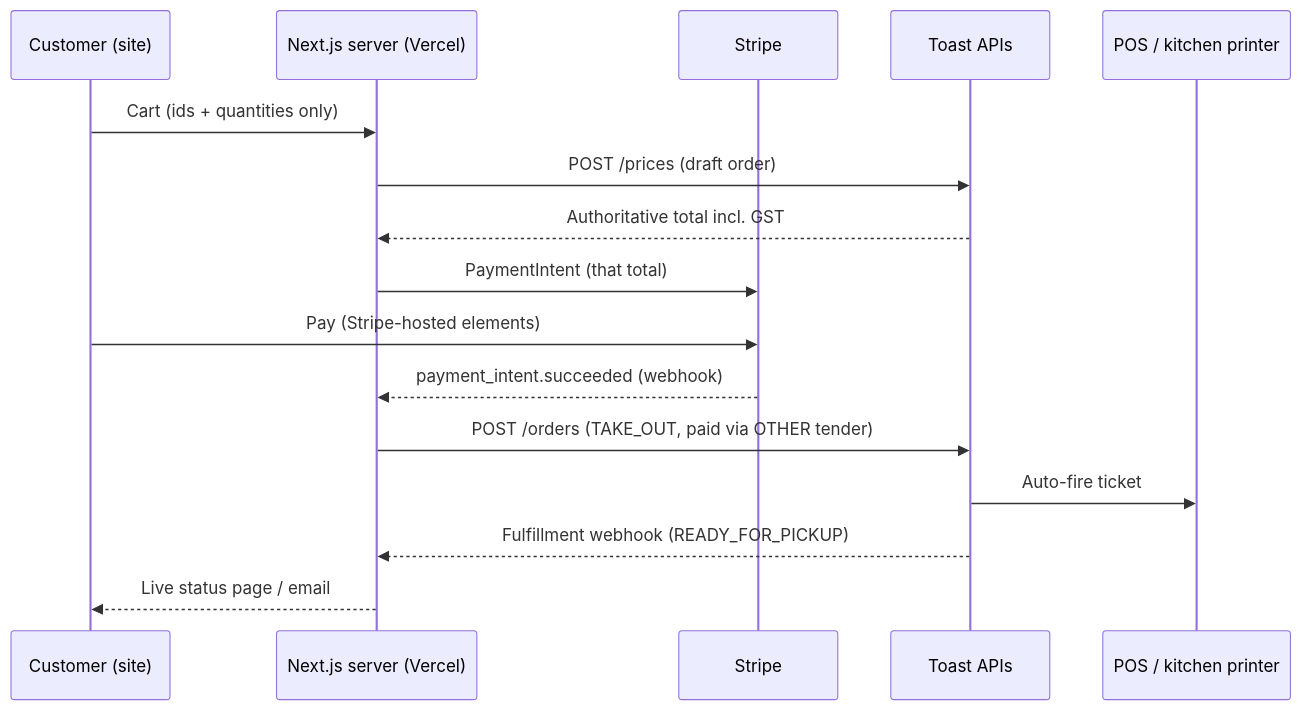
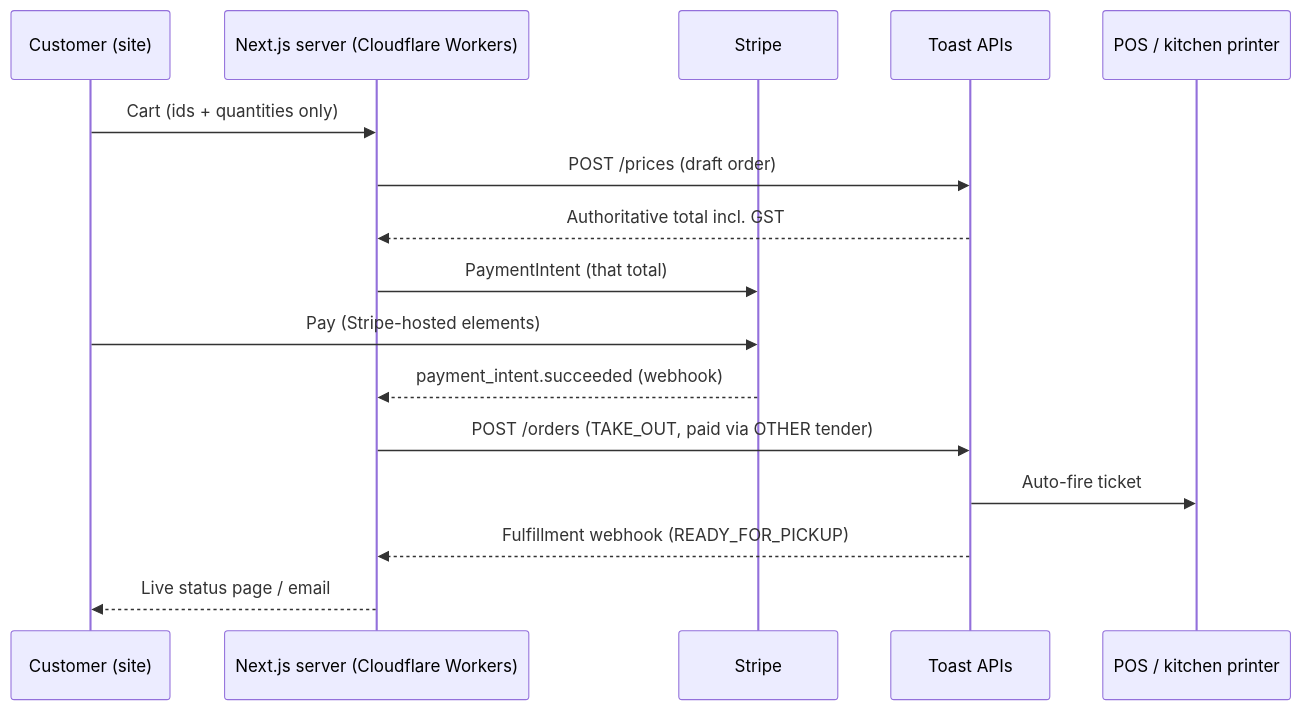
The diagram in docs/online-ordering/PLAN.md (Meros-Health/Meros-Website), drawn with Mermaid before and after one commit. The commit also changed other lines of this file and 3 other files, not shown here.

First line of the commit message:
chore: remove Vercel remnants; Cloudflare Workers is the only deploy target

````diff
--- a/docs/online-ordering/PLAN.md
+++ b/docs/online-ordering/PLAN.md
@@ -85,18 +85,18 @@
 ```mermaid
 sequenceDiagram
   participant C as Customer (site)
-  participant S as Next.js server (Vercel)
+  participant S as Next.js server (Cloudflare Workers)
   participant St as Stripe
   participant T as Toast APIs
   participant K as POS / kitchen printer
   C->>S: Cart (ids + quantities only)
   S->>T: POST /prices (draft order)
   T-->>S: Authoritative total incl. GST
   S->>St: PaymentIntent (that total)
   C->>St: Pay (Stripe-hosted elements)
   St-->>S: payment_intent.succeeded (webhook)
   S->>T: POST /orders (TAKE_OUT, paid via OTHER tender)
   T->>K: Auto-fire ticket
   T-->>S: Fulfillment webhook (READY_FOR_PICKUP)
   S-->>C: Live status page / email
 ```
````
